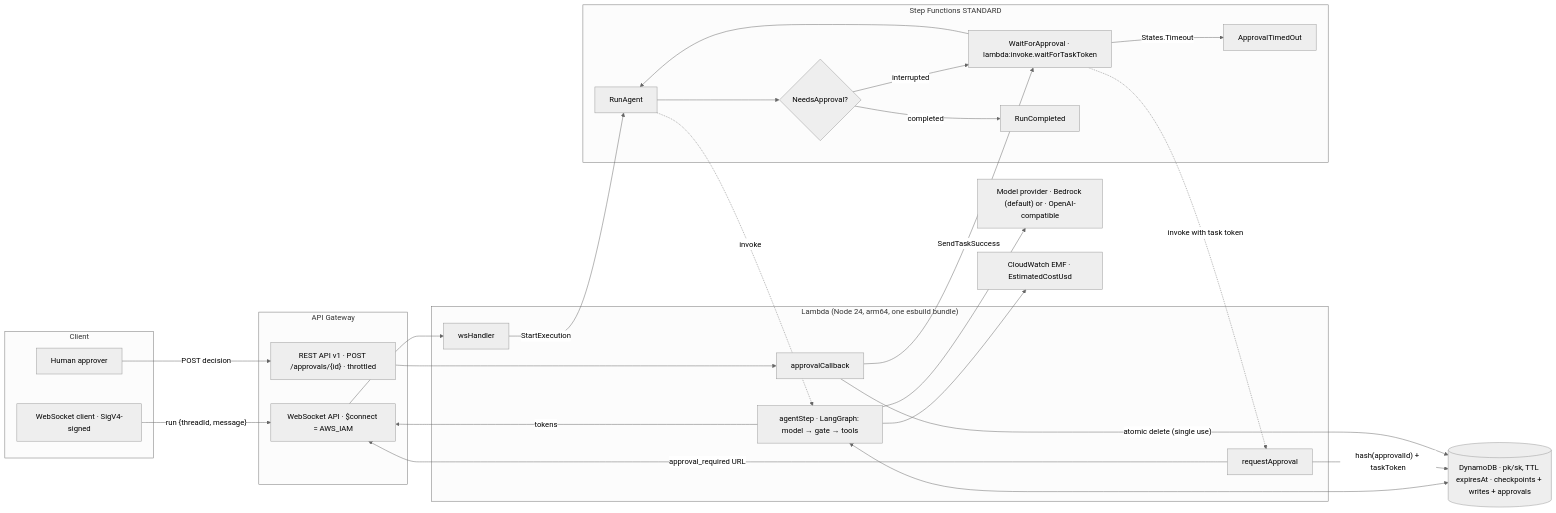
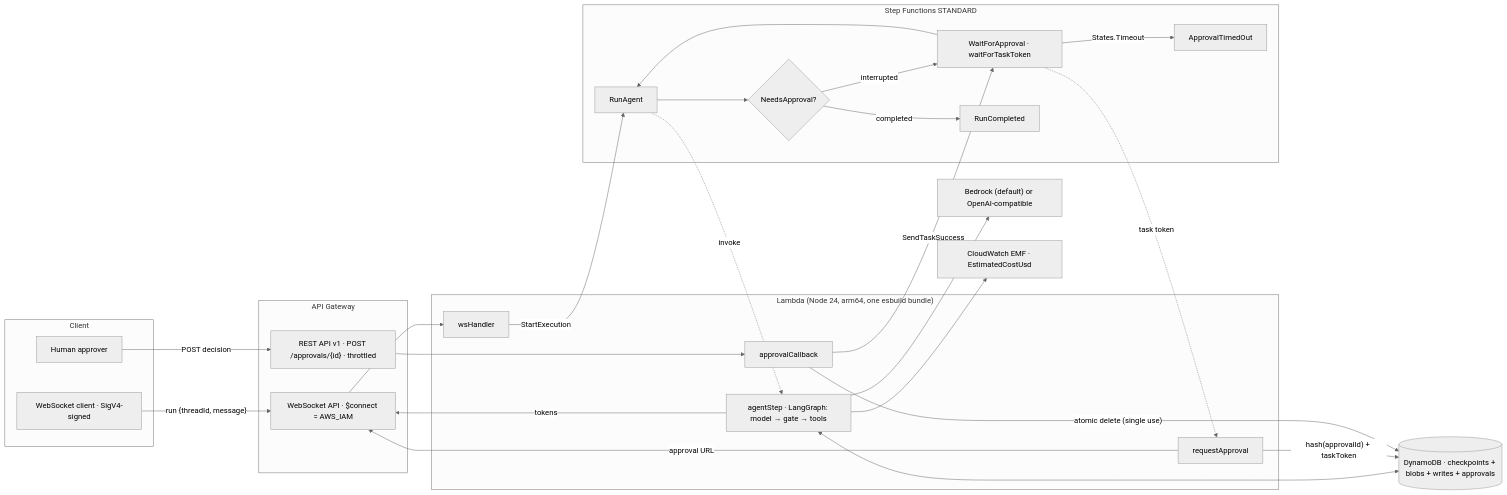
Before and after one commit to sathwikbairaboina2/serverless-agent: the diagram in docs/DEVDOCS.md, drawn with Mermaid (neutral theme). The commit also changed other lines of this file and 2 other files, not shown here.

````diff
--- a/docs/DEVDOCS.md
+++ b/docs/DEVDOCS.md
@@ -35,44 +55,44 @@
 ```mermaid
 flowchart LR
   subgraph Client
     C[WebSocket client · SigV4-signed]
     H[Human approver]
   end
 
   subgraph API["API Gateway"]
     WS["WebSocket API · $connect = AWS_IAM"]
     REST["REST API v1 · POST /approvals/{id} · throttled"]
   end
 
   subgraph Compute["Lambda (Node 24, arm64, one esbuild bundle)"]
     WSH[wsHandler]
     AS[agentStep · LangGraph: model → gate → tools]
     RA[requestApproval]
     AC[approvalCallback]
   end
 
   subgraph SFN["Step Functions STANDARD"]
     R1[RunAgent] --> CH{NeedsApproval?}
-    CH -- interrupted --> W[WaitForApproval · lambda:invoke.waitForTaskToken]
+    CH -- interrupted --> W[WaitForApproval · waitForTaskToken]
     W --> R1
     CH -- completed --> OK[RunCompleted]
     W -- States.Timeout --> TO[ApprovalTimedOut]
   end
 
-  DDB[("DynamoDB · pk/sk, TTL expiresAt · checkpoints + writes + approvals")]
-  LLM["Model provider · Bedrock (default) or · OpenAI-compatible"]
+  DDB[("DynamoDB · checkpoints + blobs + writes + approvals")]
+  LLM["Bedrock (default) or OpenAI-compatible"]
   CW["CloudWatch EMF · EstimatedCostUsd"]
 
   C -- "run {threadId, message}" --> WS --> WSH -- StartExecution --> R1
   R1 -. invoke .-> AS
   AS <--> DDB
   AS --> LLM
   AS -- tokens --> WS
   AS --> CW
-  W -. invoke with task token .-> RA
+  W -. task token .-> RA
   RA -- "hash(approvalId) + taskToken" --> DDB
-  RA -- approval_required URL --> WS
+  RA -- approval URL --> WS
   H -- "POST decision" --> REST --> AC
   AC -- "atomic delete (single use)" --> DDB
   AC -- SendTaskSuccess --> W
 ```
````
